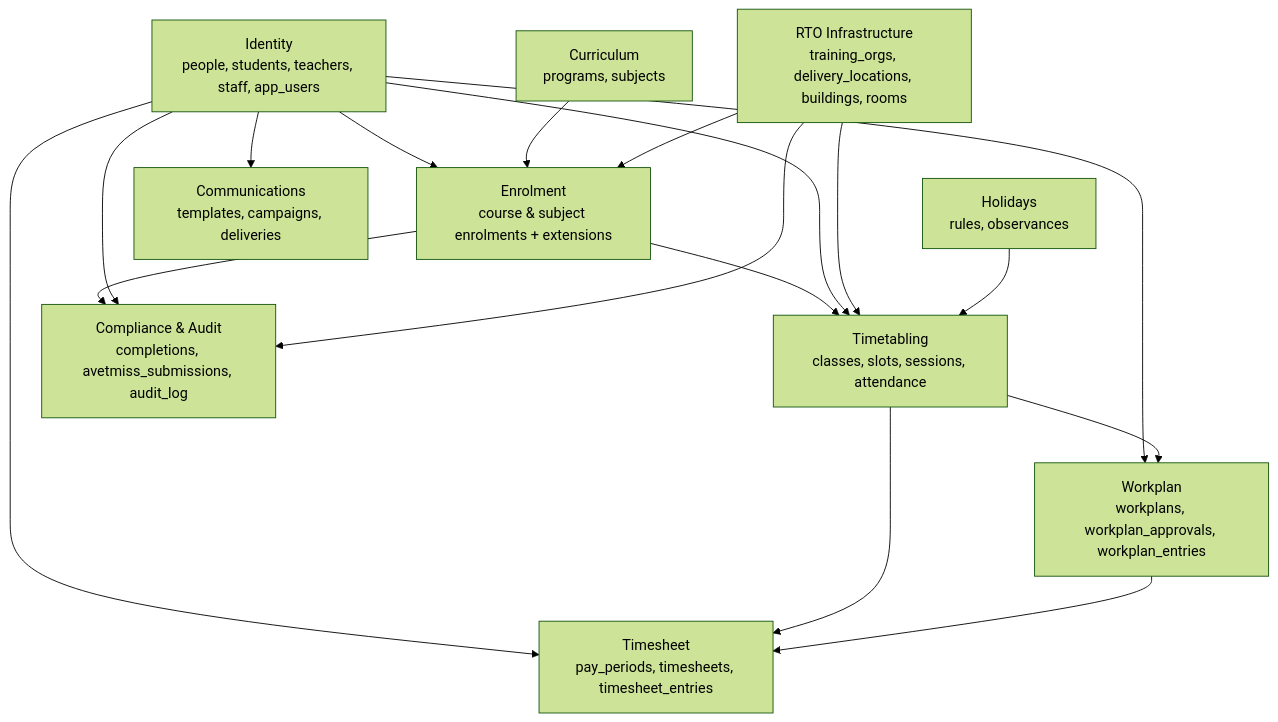
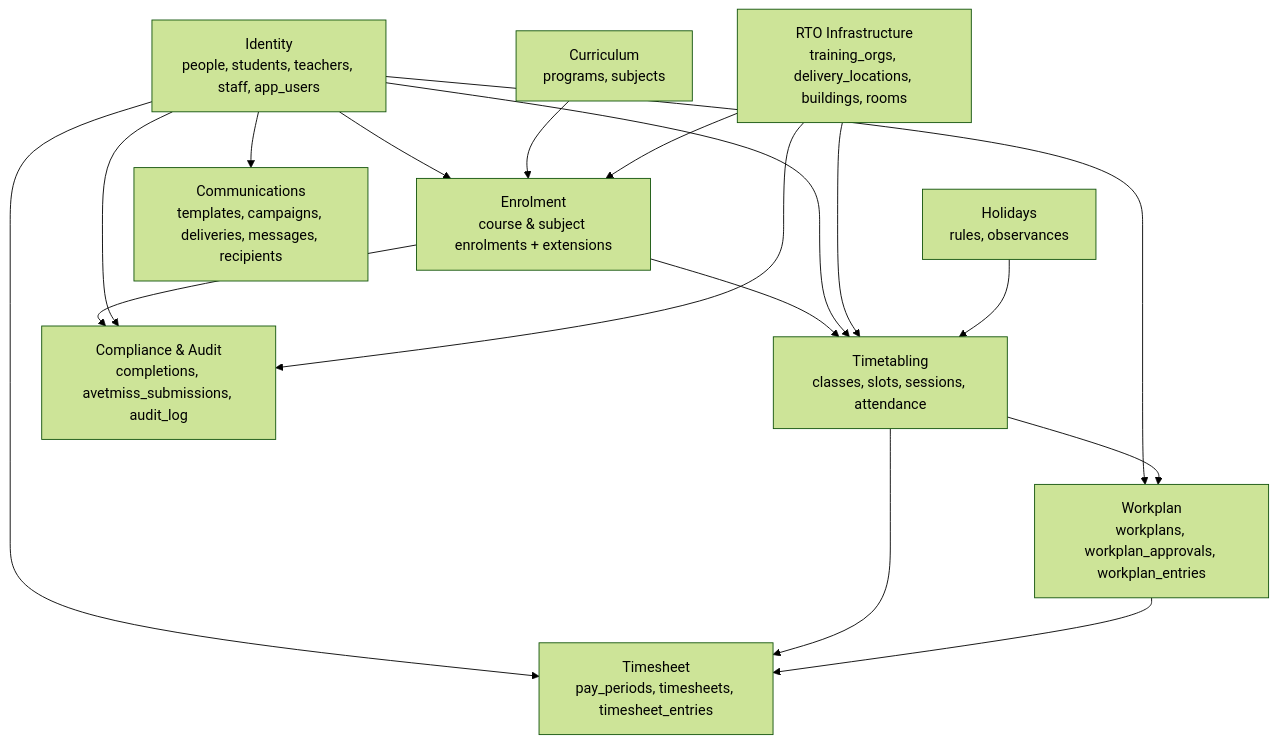
One commit to harleycalvert/nvims changed the first of 11 diagrams in docs/DATABASE.md. Above: the diagram before and after it, drawn with Mermaid (forest theme). The commit also changed other lines of this file and 1 other file, not shown here.

````diff
--- a/docs/DATABASE.md
+++ b/docs/DATABASE.md
@@ -77,30 +77,30 @@
 ```mermaid
 graph TD
     P[Identity<br/>people, students, teachers, staff, app_users]
     C[Curriculum<br/>programs, subjects]
     E[Enrolment<br/>course & subject enrolments + extensions]
     I[RTO Infrastructure<br/>training_orgs, delivery_locations, buildings, rooms]
     T[Timetabling<br/>classes, slots, sessions, attendance]
     H[Holidays<br/>rules, observances]
-    M[Communications<br/>templates, campaigns, deliveries]
+    M[Communications<br/>templates, campaigns, deliveries, messages, recipients]
     A[Compliance & Audit<br/>completions, avetmiss_submissions, audit_log]
     W[Workplan<br/>workplans, workplan_approvals, workplan_entries]
     S[Timesheet<br/>pay_periods, timesheets, timesheet_entries]
 
     P --> E
     C --> E
     I --> E
     E --> T
     P --> T
     I --> T
     H --> T
     P --> M
     E --> A
     P --> A
     I --> A
     P --> W
     T --> W
     P --> S
     T --> S
     W --> S
 ```
````
